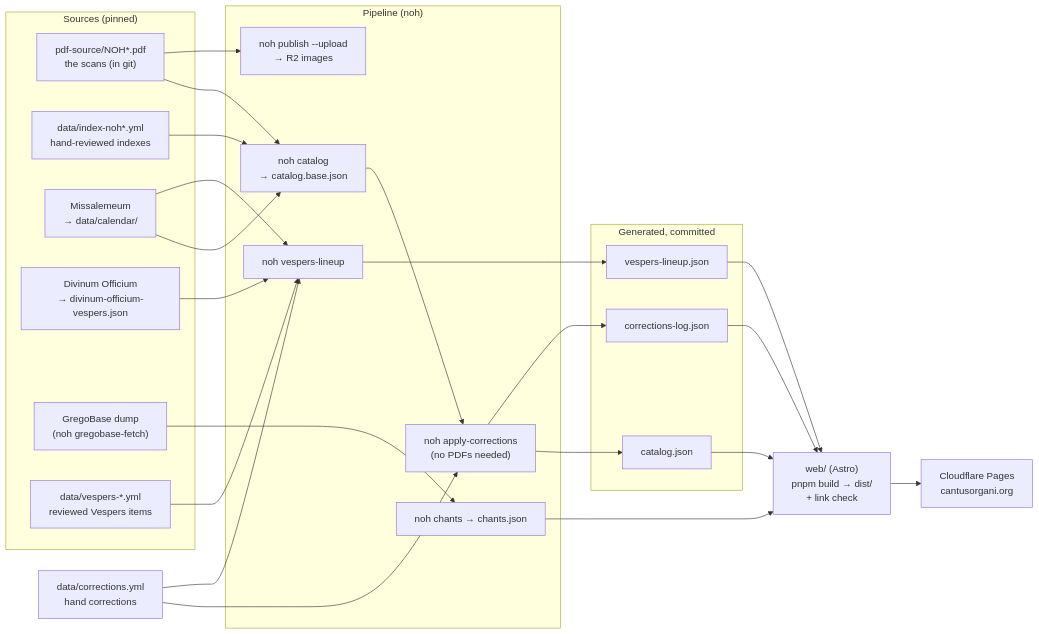
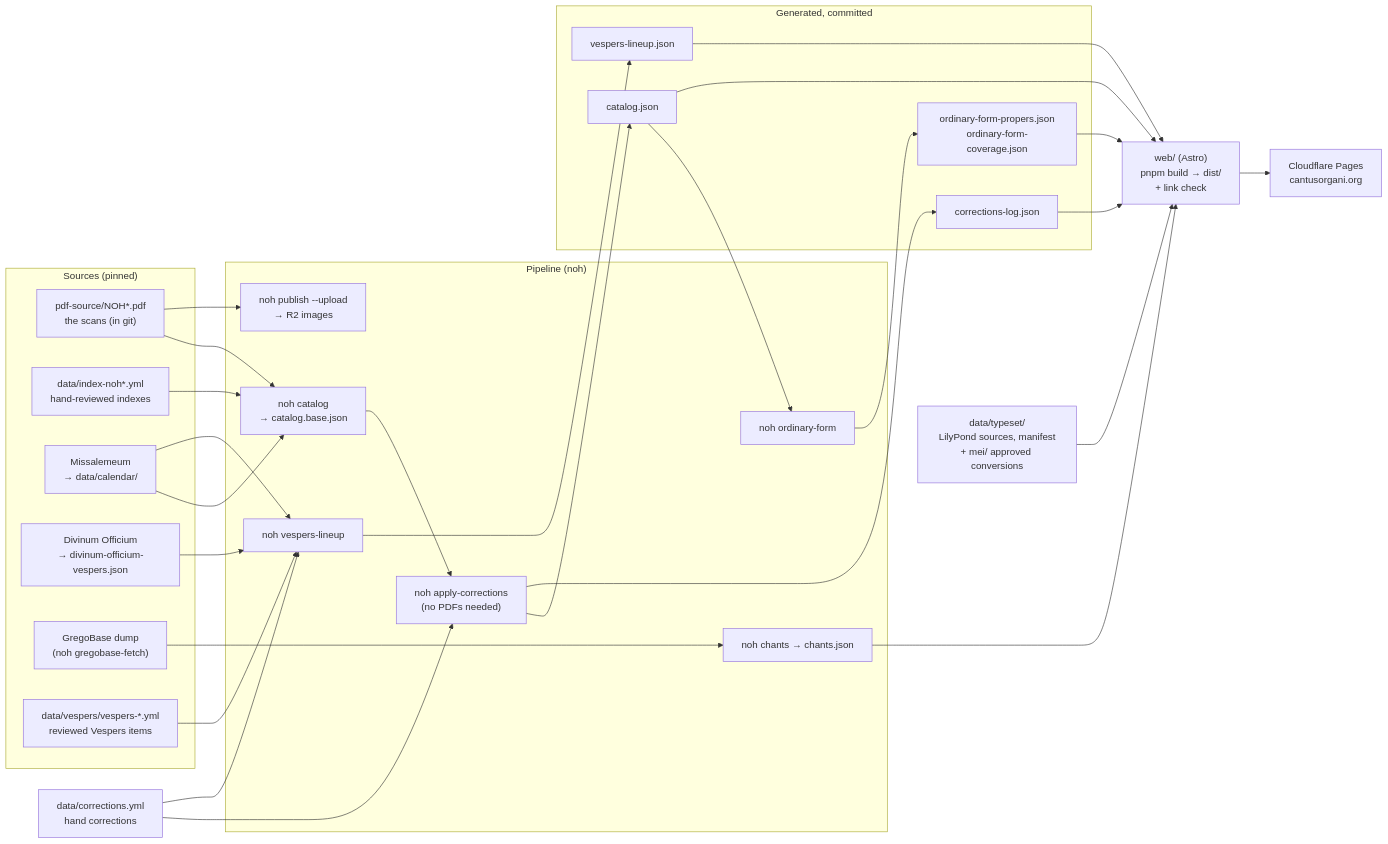
Before and after one commit to npadley/cantusorgani: the diagram in docs/ARCHITECTURE.md, drawn with Mermaid. The commit also changed other lines of this file and 3 other files, not shown here.

First line of the commit message:
docs: bring ARCHITECTURE, OPERATIONS and EDITING up to date (#143)

````diff
--- a/docs/ARCHITECTURE.md
+++ b/docs/ARCHITECTURE.md
@@ -9,50 +9,58 @@
 ```mermaid
 flowchart LR
   subgraph sources["Sources (pinned)"]
     PDF["pdf-source/NOH*.pdf<br/>the scans (in git)"]
     IDX["data/index-noh*.yml<br/>hand-reviewed indexes"]
     CAL["Missalemeum<br/>→ data/calendar/"]
     DO["Divinum Officium<br/>→ divinum-officium-vespers.json"]
     GB["GregoBase dump<br/>(noh gregobase-fetch)"]
-    VES["data/vespers-*.yml<br/>reviewed Vespers items"]
+    VES["data/vespers/vespers-*.yml<br/>reviewed Vespers items"]
   end
 
   subgraph pipeline["Pipeline (noh)"]
     CATB["noh catalog<br/>→ catalog.base.json"]
     APPLY["noh apply-corrections<br/>(no PDFs needed)"]
     LINE["noh vespers-lineup"]
     CH["noh chants → chants.json"]
     PUB["noh publish --upload<br/>→ R2 images"]
+    OF["noh ordinary-form"]
   end
 
   CORR["data/corrections.yml<br/>hand corrections"]
 
   subgraph out["Generated, committed"]
     CAT["catalog.json"]
     LU["vespers-lineup.json"]
     LOG["corrections-log.json"]
+    OFP["ordinary-form-propers.json<br/>ordinary-form-coverage.json"]
   end
+
+  TS["data/typeset/<br/>LilyPond sources, manifest<br/>+ mei/ approved conversions"]
 
   SITE["web/ (Astro)<br/>pnpm build → dist/<br/>+ link check"]
   CF["Cloudflare Pages<br/>cantusorgani.org"]
 
   PDF --> CATB
   IDX --> CATB
   CAL --> CATB
   CATB --> APPLY
   CORR --> APPLY
   APPLY --> CAT
   APPLY --> LOG
   VES --> LINE
   DO --> LINE
   CAL --> LINE
   CORR --> LINE
   LINE --> LU
   GB --> CH
   PDF --> PUB
+  CAT --> OF
+  OF --> OFP
+  OFP --> SITE
+  TS --> SITE
   CAT --> SITE
   LU --> SITE
   LOG --> SITE
   CH --> SITE
   SITE --> CF
 ```
````
